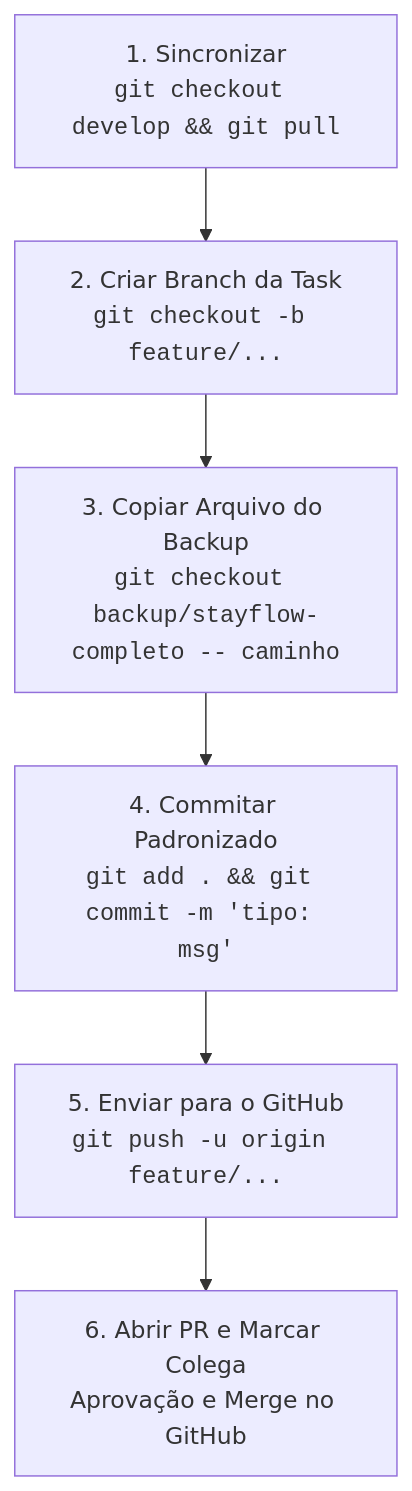
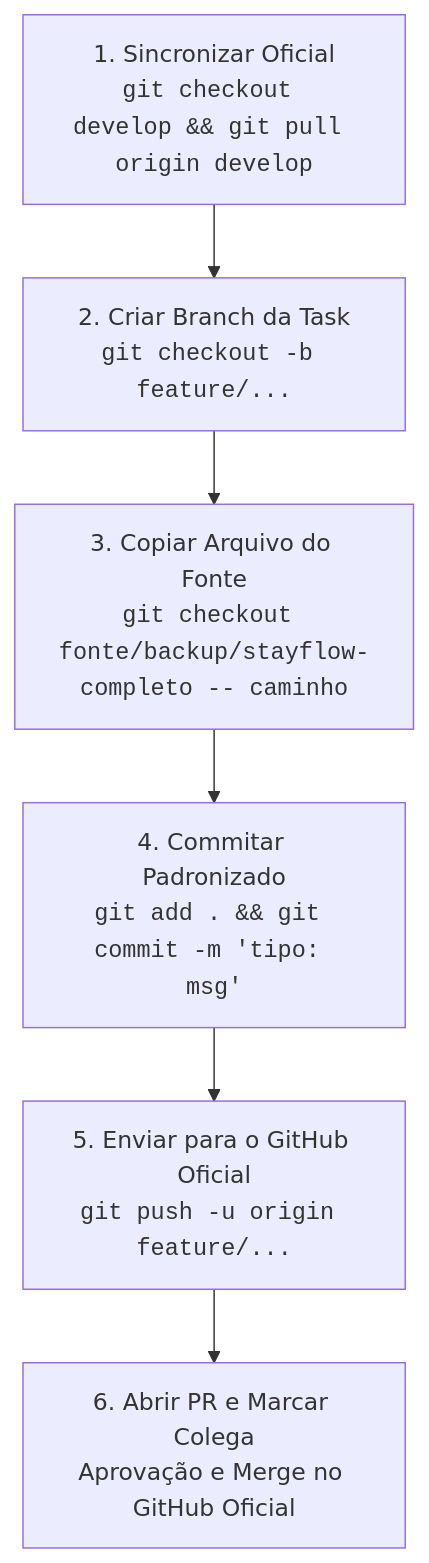
Before and after one commit to prof-ronildo-unicatolica/est_web_2026_2_turma_b_bravo: the diagram in Gestão do Projeto/06_guia_execucao_pratica_tasks.md, drawn with Mermaid. The commit also changed other lines of this file and 1 other file, not shown here.

Commit message:
docs(gestao): alinha repositorios oficial e fonte de download nos guias 05 e 06

````diff
--- a/Gestão do Projeto/06_guia_execucao_pratica_tasks.md
+++ b/Gestão do Projeto/06_guia_execucao_pratica_tasks.md
@@ -40,8 +44,8 @@
 ```mermaid
 flowchart TD
-    P1["1. Sincronizar<br><code>git checkout develop && git pull</code>"] --> P2["2. Criar Branch da Task<br><code>git checkout -b feature/...</code>"]
-    P2 --> P3["3. Copiar Arquivo do Backup<br><code>git checkout backup/stayflow-completo -- caminho</code>"]
+    P1["1. Sincronizar Oficial<br><code>git checkout develop && git pull origin develop</code>"] --> P2["2. Criar Branch da Task<br><code>git checkout -b feature/...</code>"]
+    P2 --> P3["3. Copiar Arquivo do Fonte<br><code>git checkout fonte/backup/stayflow-completo -- caminho</code>"]
     P3 --> P4["4. Commitar Padronizado<br><code>git add . && git commit -m 'tipo: msg'</code>"]
-    P4 --> P5["5. Enviar para o GitHub<br><code>git push -u origin feature/...</code>"]
-    P5 --> P6["6. Abrir PR e Marcar Colega<br>Aprovação e Merge no GitHub"]
+    P4 --> P5["5. Enviar para o GitHub Oficial<br><code>git push -u origin feature/...</code>"]
+    P5 --> P6["6. Abrir PR e Marcar Colega<br>Aprovação e Merge no GitHub Oficial"]
 ```
````
